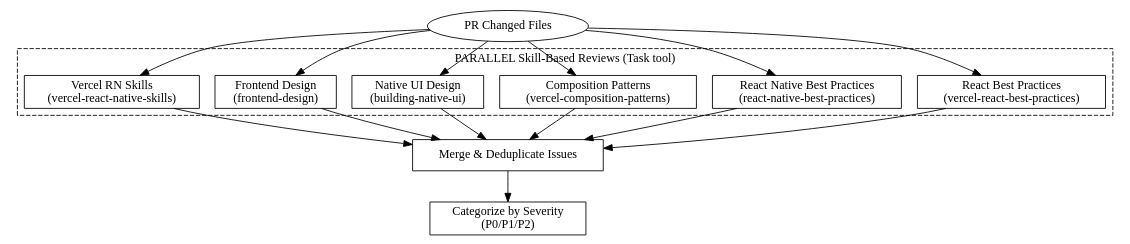
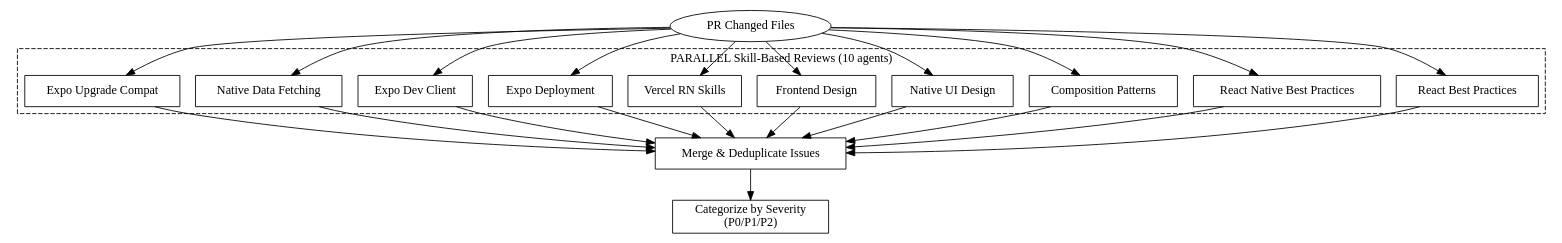
One commit to budgie-at/budgie changed the second of 3 diagrams in .agents/skills/review-pr/skill.md. Above: the diagram before and after it, drawn with Graphviz. The commit also changed other lines of this file, not shown here.

First line of the commit message:
chore: add Expo and data fetching skills to PR review

````diff
--- a/.agents/skills/review-pr/skill.md
+++ b/.agents/skills/review-pr/skill.md
@@ -231,36 +315,48 @@
 ```dot
 digraph skill_review {
     rankdir=TB;
     node [shape=box];
 
     pr_files [label="PR Changed Files" shape=ellipse];
 
     subgraph cluster_parallel {
-        label="PARALLEL Skill-Based Reviews (Task tool)";
+        label="PARALLEL Skill-Based Reviews (10 agents)";
         style=dashed;
-        react [label="React Best Practices\n(vercel-react-best-practices)"];
-        rn [label="React Native Best Practices\n(react-native-best-practices)"];
-        composition [label="Composition Patterns\n(vercel-composition-patterns)"];
-        native_ui [label="Native UI Design\n(building-native-ui)"];
-        frontend [label="Frontend Design\n(frontend-design)"];
-        vercel_rn [label="Vercel RN Skills\n(vercel-react-native-skills)"];
+        react [label="React Best Practices"];
+        rn [label="React Native Best Practices"];
+        composition [label="Composition Patterns"];
+        native_ui [label="Native UI Design"];
+        frontend [label="Frontend Design"];
+        vercel_rn [label="Vercel RN Skills"];
+        expo_deploy [label="Expo Deployment"];
+        expo_dev [label="Expo Dev Client"];
+        data_fetch [label="Native Data Fetching"];
+        expo_upgrade [label="Expo Upgrade Compat"];
     }
 
     merge [label="Merge & Deduplicate Issues"];
     categorize [label="Categorize by Severity\n(P0/P1/P2)"];
 
     pr_files -> react;
     pr_files -> rn;
     pr_files -> composition;
     pr_files -> native_ui;
     pr_files -> frontend;
     pr_files -> vercel_rn;
+    pr_files -> expo_deploy;
+    pr_files -> expo_dev;
+    pr_files -> data_fetch;
+    pr_files -> expo_upgrade;
     react -> merge;
     rn -> merge;
     composition -> merge;
     native_ui -> merge;
     frontend -> merge;
     vercel_rn -> merge;
+    expo_deploy -> merge;
+    expo_dev -> merge;
+    data_fetch -> merge;
+    expo_upgrade -> merge;
     merge -> categorize;
 }
 ```
````
